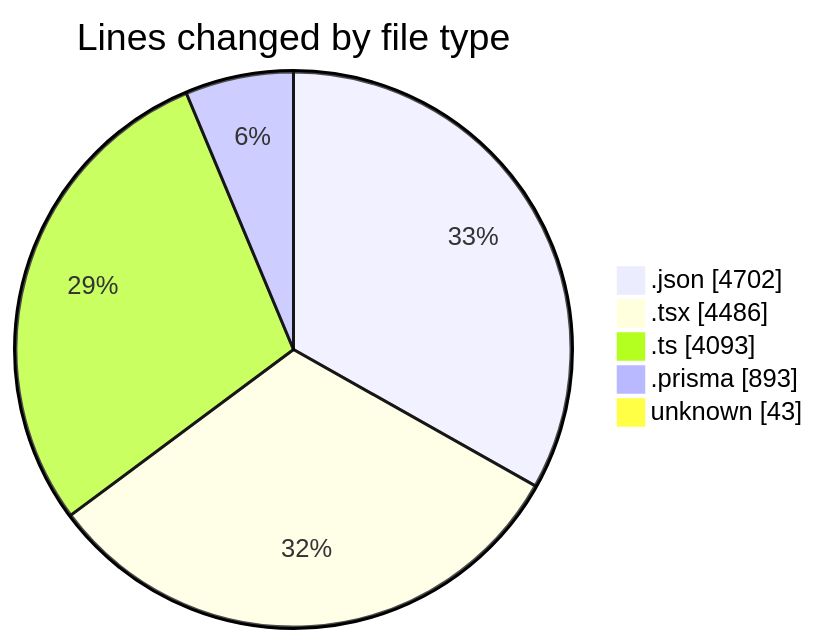
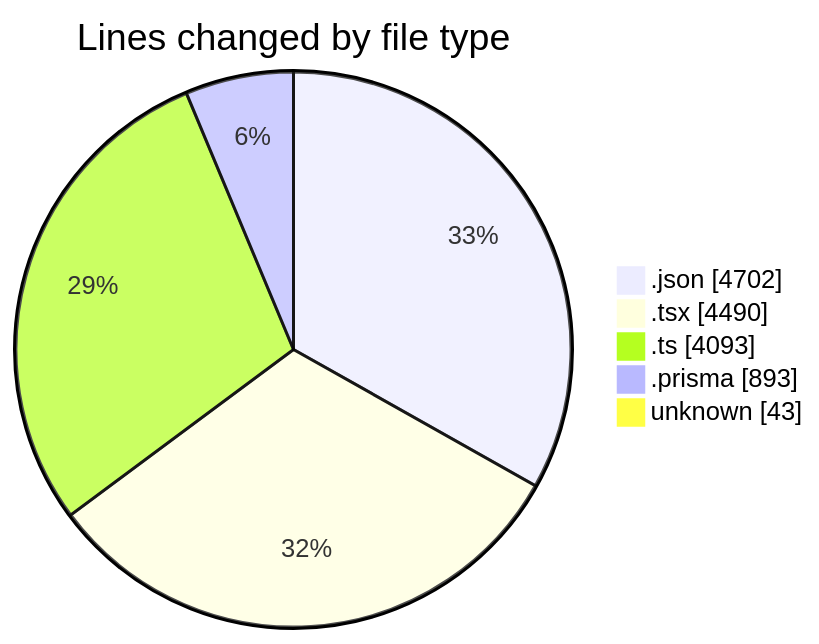
One commit to CELIANVF/code-tracking changed the first of 2 diagrams in 2025-05-05/ecodeli/README.md. Above: the diagram before and after it, drawn with Mermaid. The commit also changed other lines of this file and 1 other file, not shown here.

````diff
--- a/2025-05-05/ecodeli/README.md
+++ b/2025-05-05/ecodeli/README.md
@@ -56,9 +56,9 @@
 ```mermaid
 pie showData
 title Lines changed by file type
 ".json" : 4702
-".tsx" : 4486
+".tsx" : 4490
 ".ts" : 4093
 ".prisma" : 893
 "unknown" : 43
 ```
````
